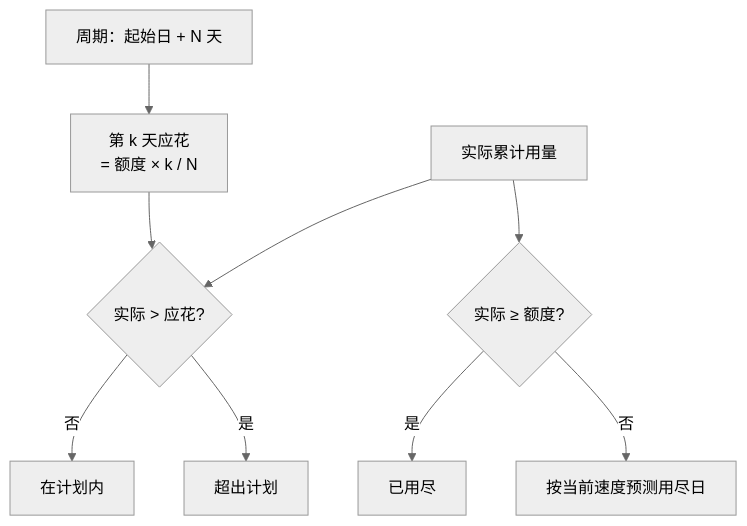
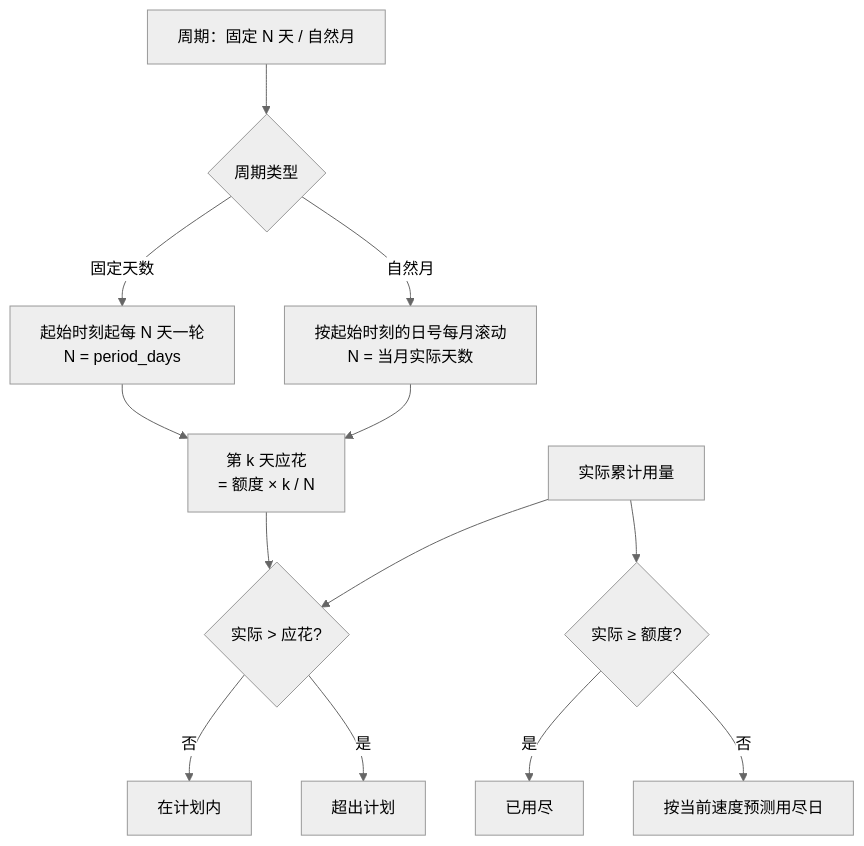
One commit to clawbench-dev/clawbench changed the first of 2 diagrams in docs/spec/features/usage-meter.md. Above: the diagram before and after it, drawn with Mermaid (neutral theme). The commit also changed other lines of this file and 21 other files, not shown here.

````diff
--- a/docs/spec/features/usage-meter.md
+++ b/docs/spec/features/usage-meter.md
@@ -11,11 +11,15 @@
 ```mermaid
 flowchart TD
-    A["周期：起始日 + N 天"] --> B["第 k 天应花<br/>= 额度 × k / N"]
+    A["周期：固定 N 天 / 自然月"] --> A1{"周期类型"}
+    A1 -->|固定天数| A2["起始时刻起每 N 天一轮<br/>N = period_days"]
+    A1 -->|自然月| A3["按起始时刻的日号每月滚动<br/>N = 当月实际天数"]
+    A2 --> B["第 k 天应花<br/>= 额度 × k / N"]
+    A3 --> B
     C["实际累计用量"] --> D{"实际 > 应花?"}
     B --> D
     D -->|否| E["在计划内"]
     D -->|是| F["超出计划"]
     C --> G{"实际 ≥ 额度?"}
     G -->|是| H["已用尽"]
     G -->|否| I["按当前速度预测用尽日"]
 ```
````
